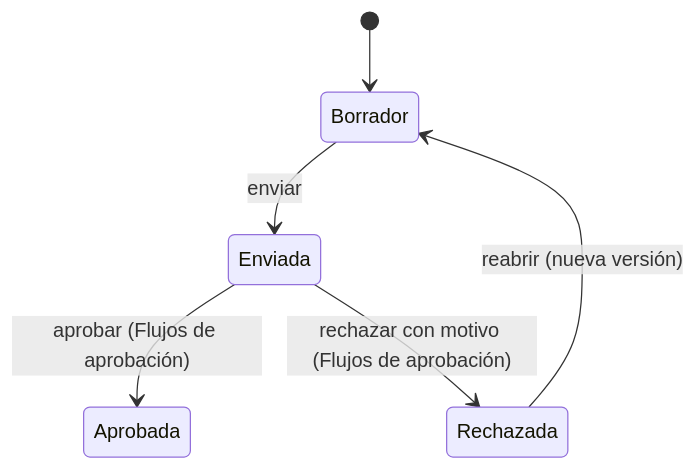
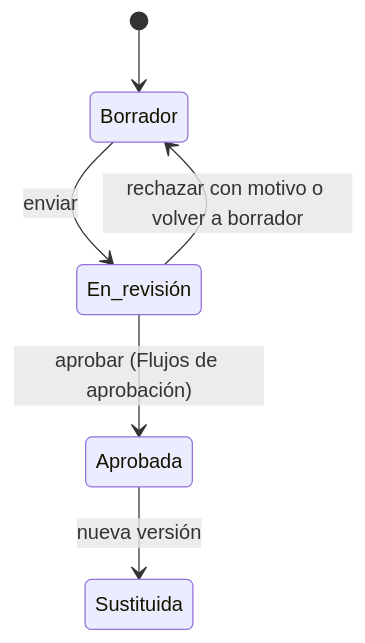
The diagram in docs/negocio/evaluacion-de-impacto.md (albarracingarciap/fluxion-saas), drawn with Mermaid before and after one commit. The commit also changed other lines of this file and 17 other files, not shown here.

````diff
--- a/docs/negocio/evaluacion-de-impacto.md
+++ b/docs/negocio/evaluacion-de-impacto.md
@@ -78,8 +82,8 @@
 ```mermaid
 stateDiagram-v2
   [*] --> Borrador
-  Borrador --> Enviada: enviar
-  Enviada --> Aprobada: aprobar (Flujos de aprobación)
-  Enviada --> Rechazada: rechazar con motivo (Flujos de aprobación)
-  Rechazada --> Borrador: reabrir (nueva versión)
+  Borrador --> En_revisión: enviar
+  En_revisión --> Aprobada: aprobar (Flujos de aprobación)
+  En_revisión --> Borrador: rechazar con motivo o volver a borrador
+  Aprobada --> Sustituida: nueva versión
 ```
````
